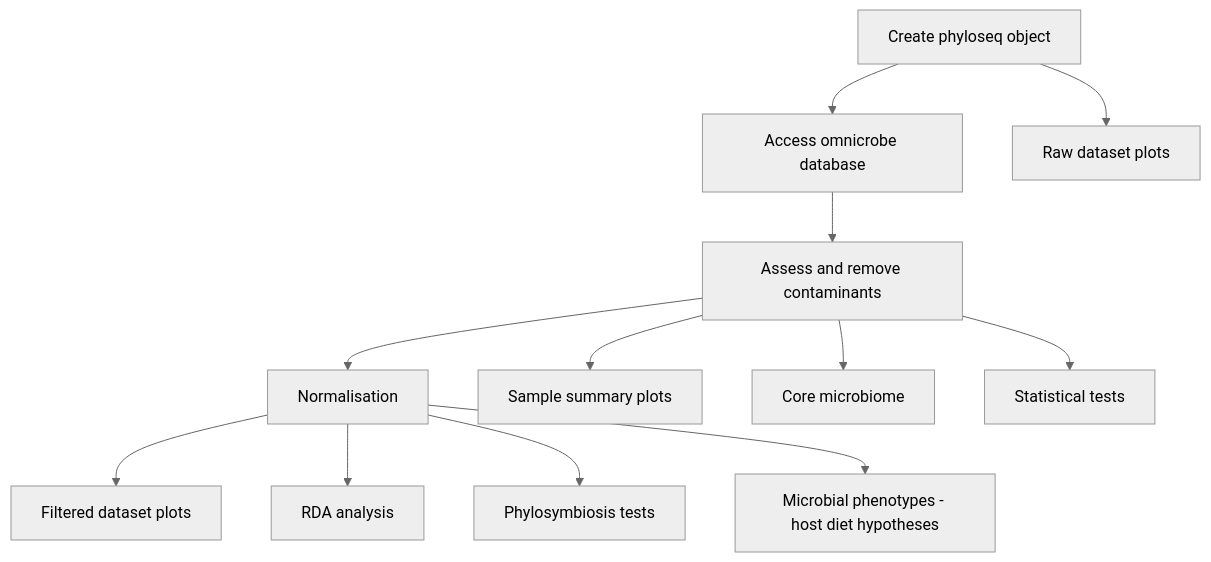
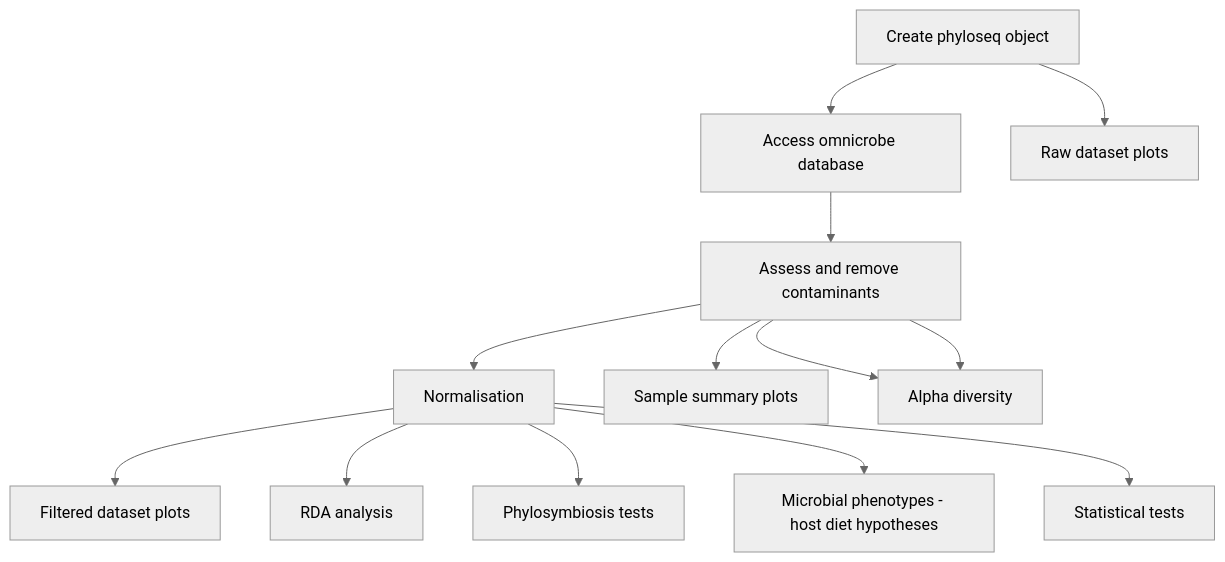
The first of 3 diagrams in README.md (markella-moraitou/mammal_oral_microbiome_stats), drawn with Mermaid (neutral theme) before and after one commit. The commit also changed 4 other files, not shown here.

````diff
--- a/README.md
+++ b/README.md
@@ -2,14 +2,15 @@
 ```mermaid
 flowchart TD;
     A[Create phyloseq object]-->B[Access omnicrobe database];
     A-->C[Raw dataset plots];
     B-->D[Assess and remove contaminants];
     D-->E[Normalisation];
     D-->F[Sample summary plots];
     D-->G[Core microbiome];
+    D-->G[Alpha diversity];
     E-->H[Filtered dataset plots];
     E-->I[RDA analysis];
     E-->J[Phylosymbiosis tests];
     E-->K[Microbial phenotypes - host diet hypotheses];
-    D-->L[Statistical tests];
+    E-->L[Statistical tests];
 ```
````
